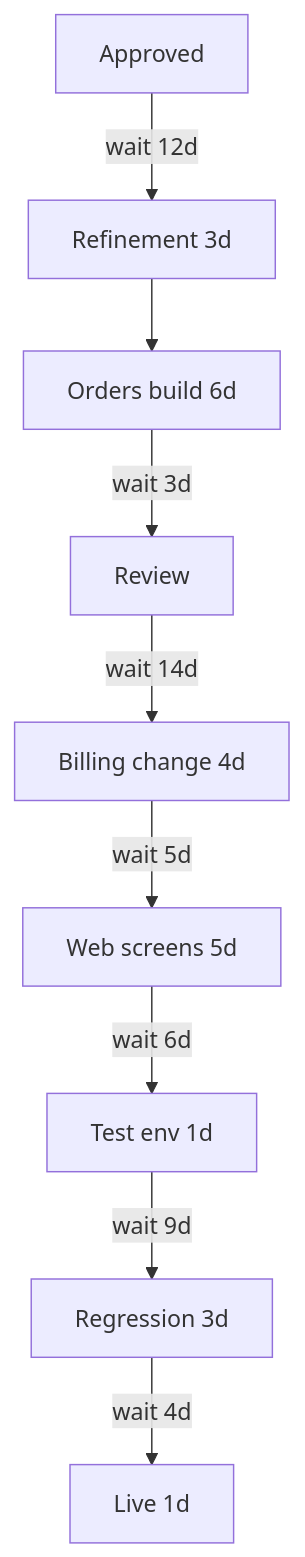
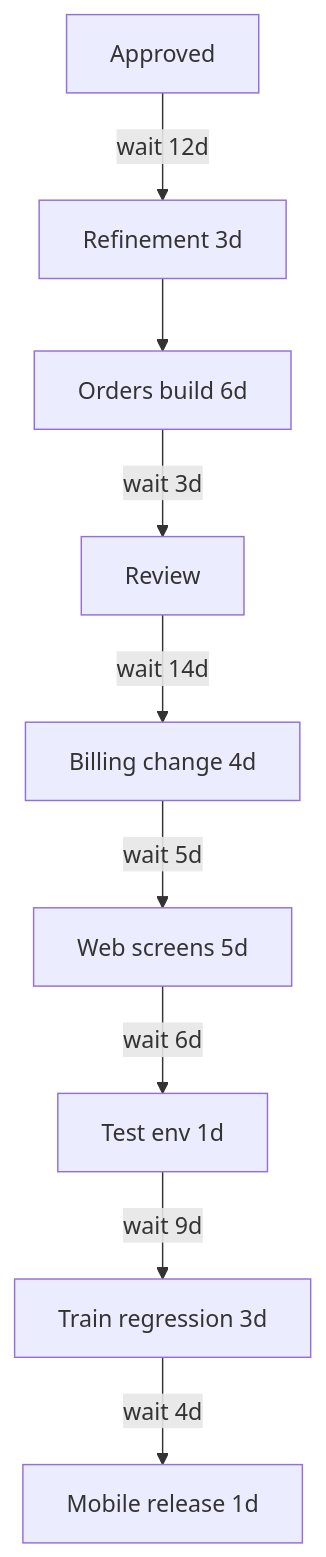
One commit to XayyamSadigov/engineering-leadership-book changed the second of 3 diagrams in docs/parts/04-execution/16-flow-lead-time-dependencies-and-unplanned-work.md. Above: the diagram before and after it, drawn with Mermaid. The commit also changed other lines of this file and 145 other files, not shown here.

````diff
--- a/docs/parts/04-execution/16-flow-lead-time-dependencies-and-unplanned-work.md
+++ b/docs/parts/04-execution/16-flow-lead-time-dependencies-and-unplanned-work.md
@@ -223,11 +234,11 @@
 ```mermaid
 flowchart TD
     A["Approved"] -->|"wait 12d"| B["Refinement 3d"]
     B --> C["Orders build 6d"]
     C -->|"wait 3d"| D["Review"]
     D -->|"wait 14d"| E["Billing change 4d"]
     E -->|"wait 5d"| F["Web screens 5d"]
     F -->|"wait 6d"| G["Test env 1d"]
-    G -->|"wait 9d"| H["Regression 3d"]
-    H -->|"wait 4d"| I["Live 1d"]
+    G -->|"wait 9d"| H["Train regression 3d"]
+    H -->|"wait 4d"| I["Mobile release 1d"]
 ```
````
